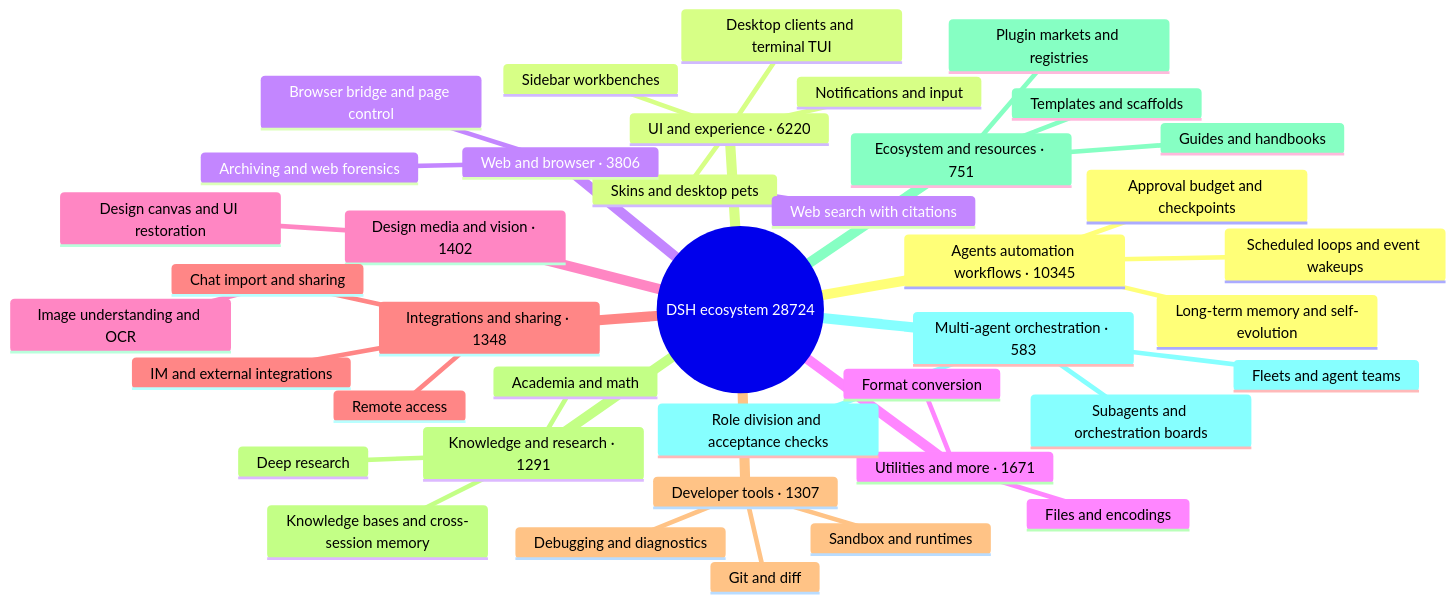
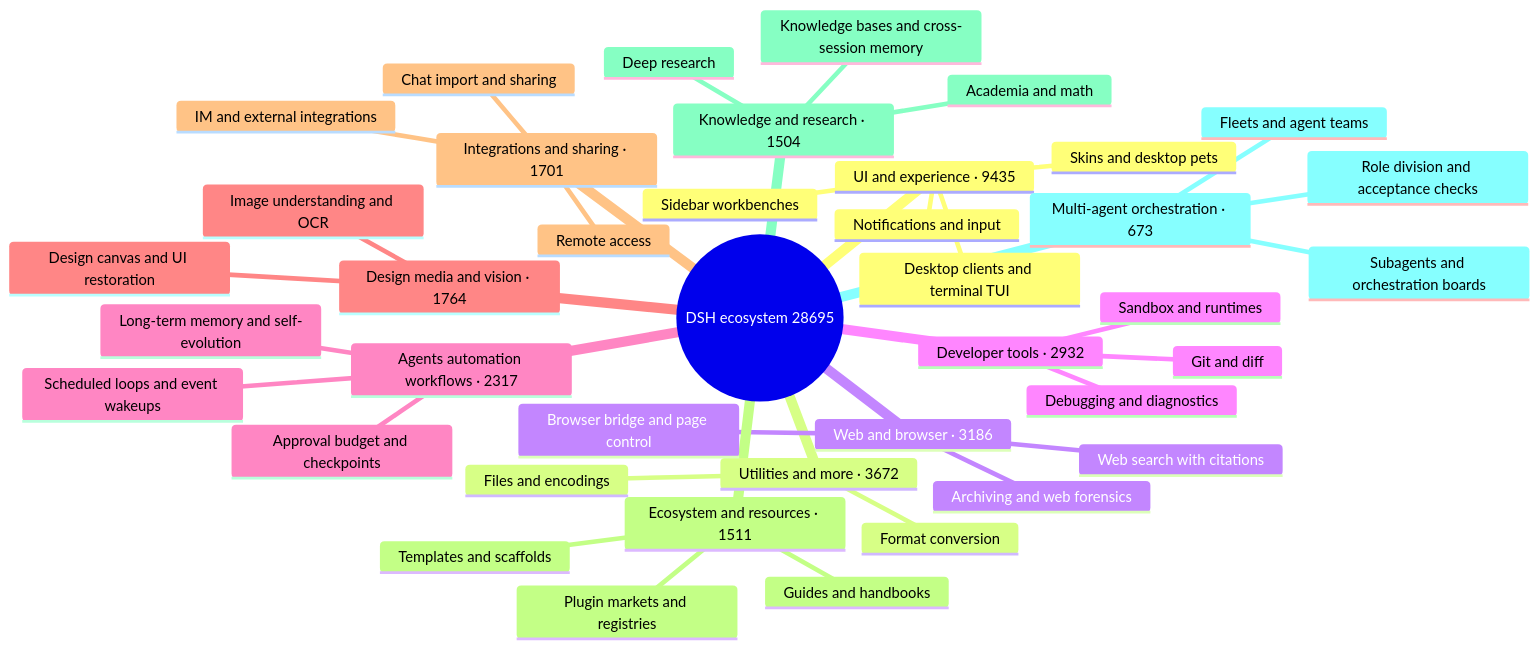
Before and after one commit to bruc3van/awesome-dsh-plugin: the diagram in README_EN.md, drawn with Mermaid. The commit also changed other lines of this file and 33 other files, not shown here.

````diff
--- a/README_EN.md
+++ b/README_EN.md
@@ -40,43 +40,43 @@
 ```mermaid
 mindmap
-  root((DSH ecosystem 28724))
-    Agents automation workflows · 10345
-      Scheduled loops and event wakeups
-      Long-term memory and self-evolution
-      Approval budget and checkpoints
-    UI and experience · 6220
+  root((DSH ecosystem 28695))
+    UI and experience · 9435
       Desktop clients and terminal TUI
       Sidebar workbenches
       Skins and desktop pets
       Notifications and input
-    Web and browser · 3806
+    Utilities and more · 3672
+      Files and encodings
+      Format conversion
+    Web and browser · 3186
       Browser bridge and page control
       Web search with citations
       Archiving and web forensics
-    Utilities and more · 1671
-      Files and encodings
-      Format conversion
-    Design media and vision · 1402
+    Developer tools · 2932
+      Git and diff
+      Sandbox and runtimes
+      Debugging and diagnostics
+    Agents automation workflows · 2317
+      Scheduled loops and event wakeups
+      Long-term memory and self-evolution
+      Approval budget and checkpoints
+    Design media and vision · 1764
       Image understanding and OCR
       Design canvas and UI restoration
-    Integrations and sharing · 1348
+    Integrations and sharing · 1701
       Chat import and sharing
       Remote access
       IM and external integrations
-    Developer tools · 1307
-      Git and diff
-      Sandbox and runtimes
-      Debugging and diagnostics
-    Knowledge and research · 1291
+    Ecosystem and resources · 1511
+      Plugin markets and registries
+      Templates and scaffolds
+      Guides and handbooks
+    Knowledge and research · 1504
       Knowledge bases and cross-session memory
       Deep research
       Academia and math
-    Ecosystem and resources · 751
-      Plugin markets and registries
-      Templates and scaffolds
-      Guides and handbooks
-    Multi-agent orchestration · 583
+    Multi-agent orchestration · 673
       Subagents and orchestration boards
       Fleets and agent teams
       Role division and acceptance checks
 ```
````
